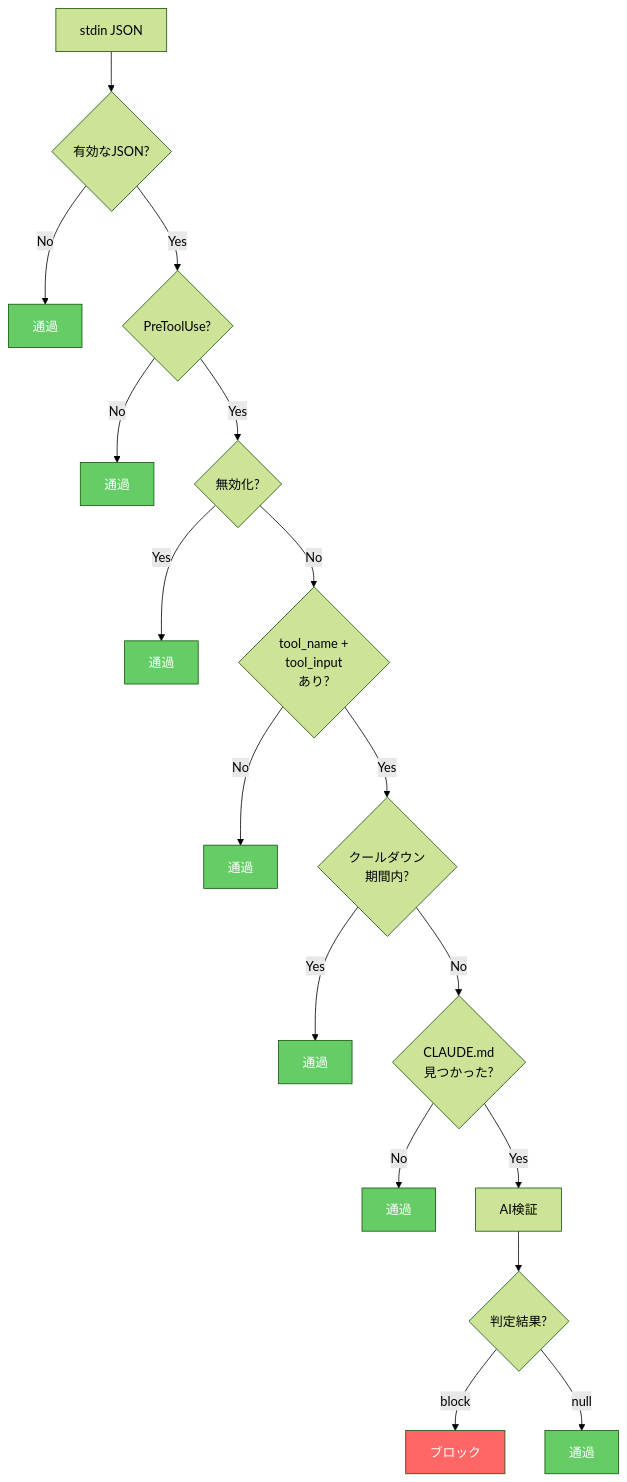
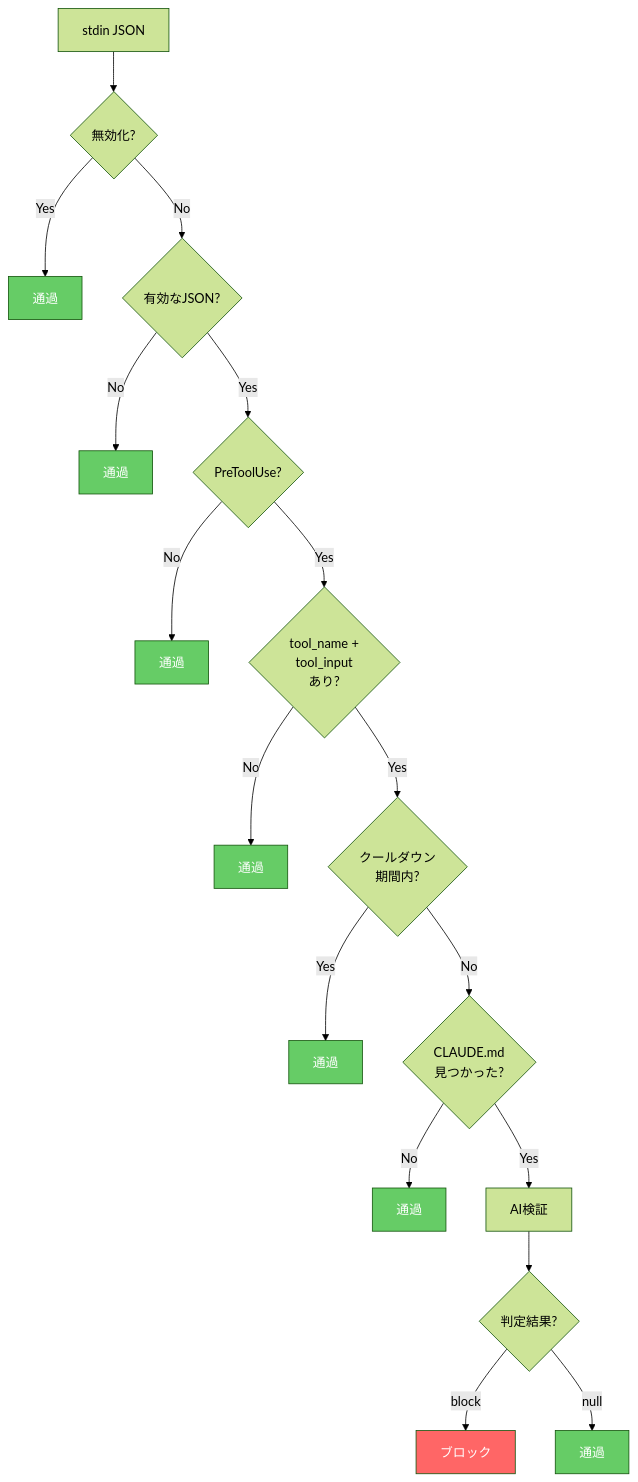
The fifth of 5 diagrams in docs/architecture_jp.md (Hiro-Chiba/claudemd-guard), drawn with Mermaid (forest theme) before and after one commit. The commit also changed 52 other files, not shown here.

First line of the commit message:
chore: remove dist/ from git, fix architecture diagram order, add reddit post drafts

````diff
--- a/docs/architecture_jp.md
+++ b/docs/architecture_jp.md
@@ -114,28 +114,28 @@
 ```mermaid
 flowchart TD
-    Input[stdin JSON] --> Parse{有効なJSON?}
-    Parse -->|No| Pass1[通過]
+    Input[stdin JSON] --> Disabled{無効化?}
+    Disabled -->|Yes| Pass1[通過]
+    Disabled -->|No| Parse{有効なJSON?}
+    Parse -->|No| Pass2[通過]
     Parse -->|Yes| Event{PreToolUse?}
-    Event -->|No| Pass2[通過]
-    Event -->|Yes| Disabled{無効化?}
-    Disabled -->|Yes| Pass3[通過]
-    Disabled -->|No| Tool{tool_name +<br/>tool_input<br/>あり?}
+    Event -->|No| Pass3[通過]
+    Event -->|Yes| Tool{tool_name +<br/>tool_input<br/>あり?}
     Tool -->|No| Pass4[通過]
     Tool -->|Yes| Cooldown{クールダウン<br/>期間内?}
     Cooldown -->|Yes| Pass5[通過]
     Cooldown -->|No| Collect{CLAUDE.md<br/>見つかった?}
     Collect -->|No| Pass6[通過]
     Collect -->|Yes| Validate[AI検証]
     Validate --> Result{判定結果?}
     Result -->|block| Block[ブロック]
     Result -->|null| Pass7[通過]
 
     style Block fill:#f66,color:#fff
     style Pass1 fill:#6c6,color:#fff
     style Pass2 fill:#6c6,color:#fff
     style Pass3 fill:#6c6,color:#fff
     style Pass4 fill:#6c6,color:#fff
     style Pass5 fill:#6c6,color:#fff
     style Pass6 fill:#6c6,color:#fff
     style Pass7 fill:#6c6,color:#fff
 ```
````
